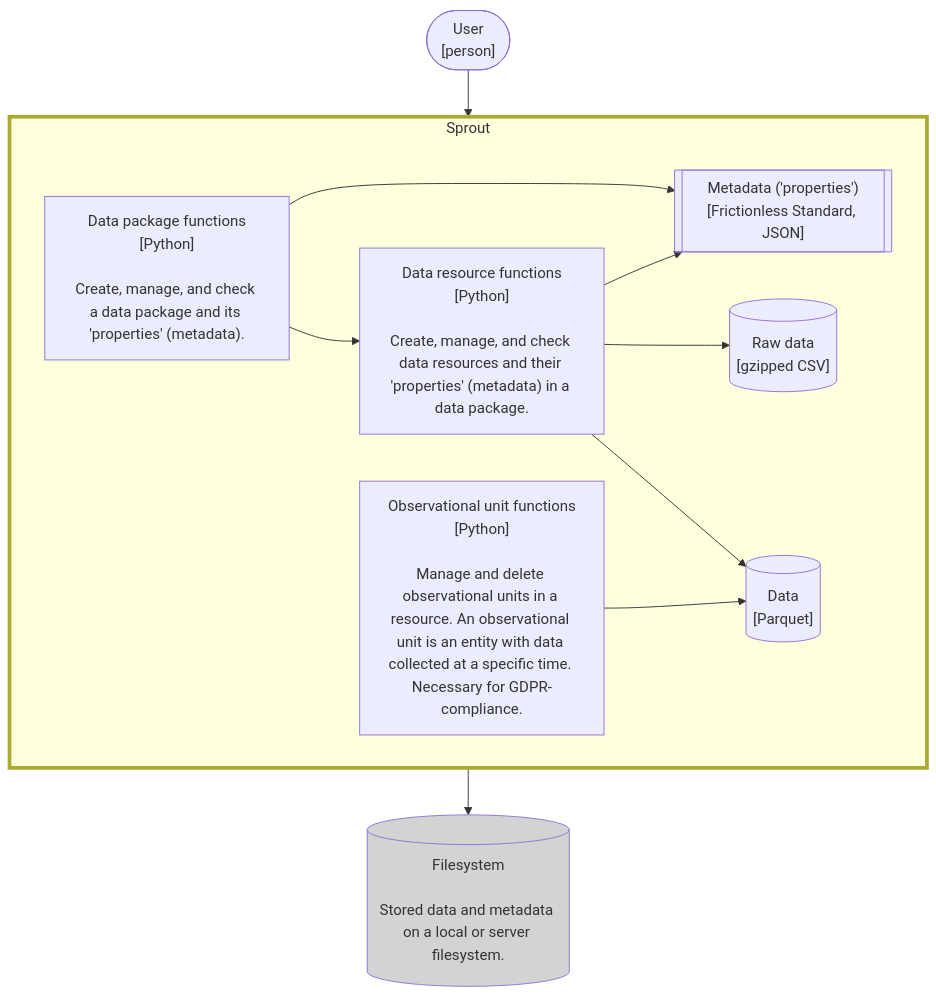
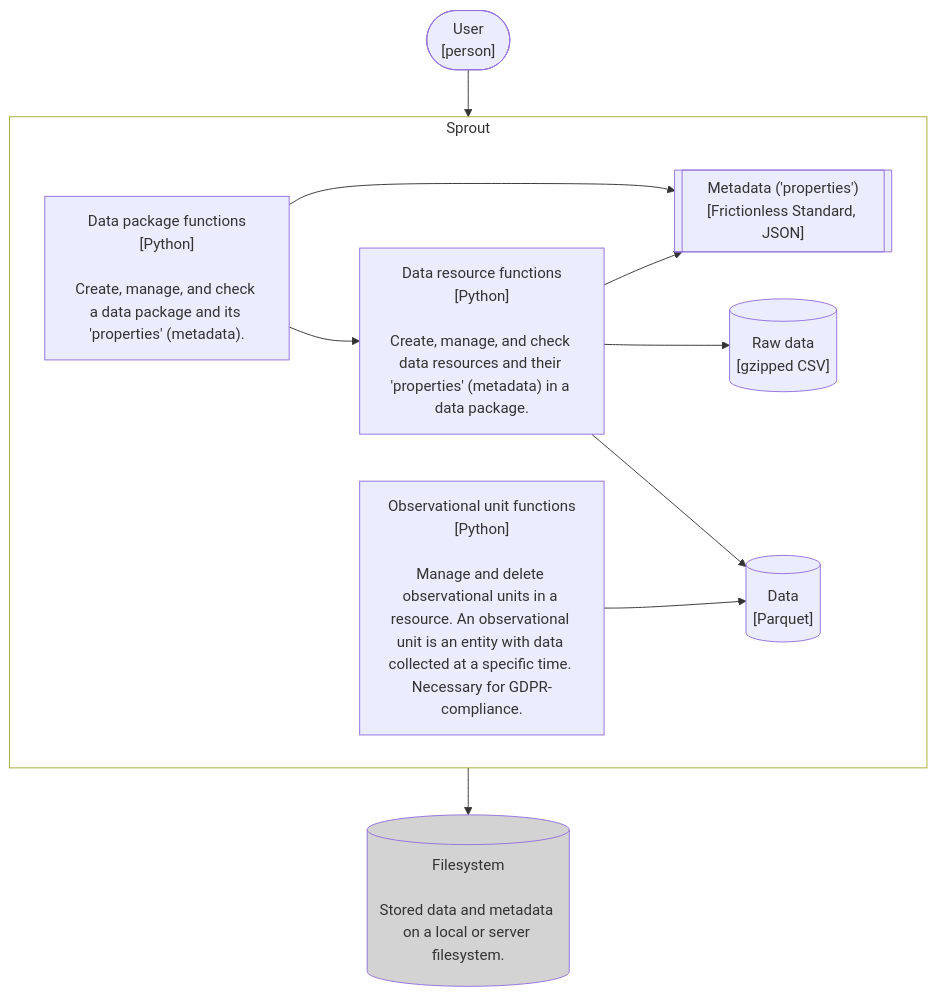
Before and after one commit to seedcase-project/seedcase-sprout: the second of 2 diagrams in docs/design/architecture/c4-models.qmd, drawn with Mermaid. The commit also changed other lines of this file, not shown here.

Commit message:
style: :lipstick: small stylistic changes made to the Mermaid diagrams

````diff
--- a/docs/design/architecture/c4-models.qmd
+++ b/docs/design/architecture/c4-models.qmd
@@ -48,26 +54,26 @@
 ```{mermaid}
 %%| fig-cap: "C4 Container diagram showing larger functional parts of Sprout and their connections."
 flowchart TB
     user(["User<br>[person]"])
     subgraph sprout [Sprout]
         package["Data package functions<br>[Python]<br><br>Create, manage, and check a data package and its 'properties' (metadata)."]
         resource["Data resource functions<br>[Python]<br><br>Create, manage, and check data resources and their 'properties' (metadata) in a data package."]
         obs_unit["Observational unit functions<br>[Python]<br><br>Manage and delete observational units in a resource. An observational unit is an entity with data collected at a specific time. Necessary for GDPR-compliance."]
         raw[("Raw data<br>[gzipped CSV]")]
         data[("Data<br>[Parquet]")]
         metadata[["Metadata ('properties')<br>[Frictionless Standard, JSON]"]]
     end
     output[("Filesystem<br><br>Stored data and metadata on a local or server filesystem.")]
 
     user --> sprout:::system
     package --> resource
     package --> metadata
     resource --> raw
     resource --> data
     resource --> metadata
     obs_unit --> data
     sprout --> output:::external
 
-    classDef system stroke-width:3pt
+    classDef system fill:none
     classDef external fill:lightgrey
 ```
````
